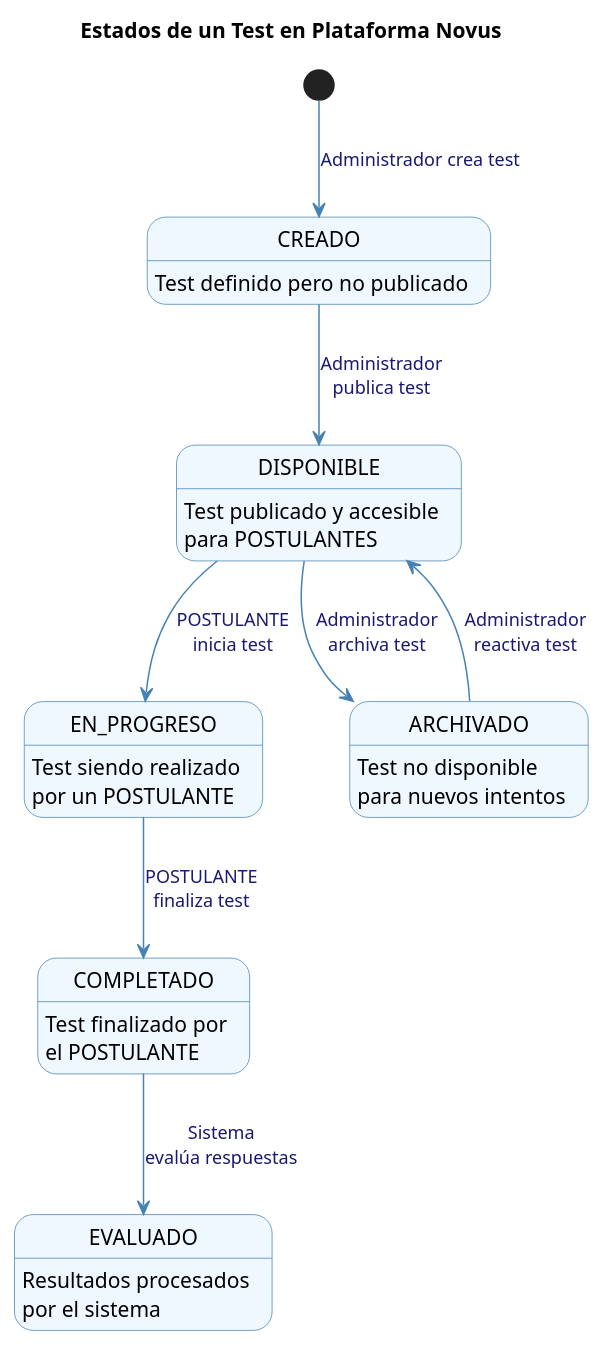
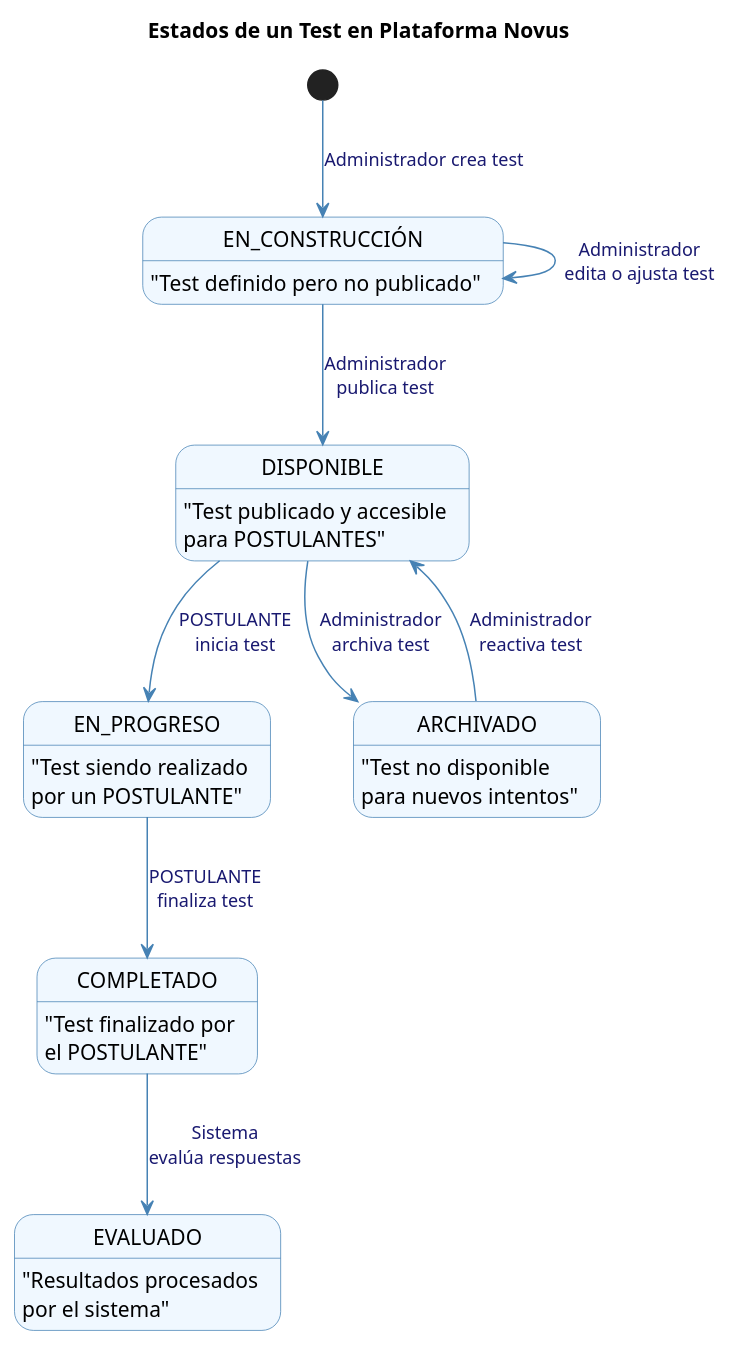
Before and after one commit to Dievex/24-25-IdSw1-SDR: the diagram in modelo_del_dominio/diagramas_de_estados/estados_test.puml, drawn with PlantUML. The commit also changed 2 other files, not shown here.

```diff
--- a/modelo_del_dominio/diagramas_de_estados/estados_test.puml
+++ b/modelo_del_dominio/diagramas_de_estados/estados_test.puml
@@ -1,35 +1,30 @@
 @startuml Diagrama_de_Estados_Test
 skinparam {
     StateFontSize 14
     StateFontColor black
     StateBackgroundColor #f0f8ff
     StateBorderColor #4682b4
     ArrowColor #4682b4
     ArrowFontColor #191970
     ArrowFontSize 12
 }
 
 title Estados de un Test en Plataforma Novus
+[*] --> EN_CONSTRUCCIÓN : Administrador crea test
 
-[*] --> CREADO : Administrador crea test
+state EN_CONSTRUCCIÓN : "Test definido pero no publicado"
+state DISPONIBLE : "Test publicado y accesible\npara POSTULANTES"
+state EN_PROGRESO : "Test siendo realizado\npor un POSTULANTE"
+state COMPLETADO : "Test finalizado por\nel POSTULANTE"
+state EVALUADO : "Resultados procesados\npor el sistema"
+state ARCHIVADO : "Test no disponible\npara nuevos intentos"
 
-state CREADO : Test definido pero no publicado
-state DISPONIBLE : Test publicado y accesible\npara POSTULANTES
-state EN_PROGRESO : Test siendo realizado\npor un POSTULANTE
-state COMPLETADO : Test finalizado por\nel POSTULANTE
-state EVALUADO : Resultados procesados\npor el sistema
-state ARCHIVADO : Test no disponible\npara nuevos intentos
-
-CREADO --> DISPONIBLE : Administrador\npublica test
-
+EN_CONSTRUCCIÓN --> DISPONIBLE : Administrador\npublica test
 DISPONIBLE --> EN_PROGRESO : POSTULANTE\ninicia test
-
 EN_PROGRESO --> COMPLETADO : POSTULANTE\nfinaliza test
-
 COMPLETADO --> EVALUADO : Sistema\nevalúa respuestas
-
 DISPONIBLE --> ARCHIVADO : Administrador\narchiva test
-
 ARCHIVADO --> DISPONIBLE : Administrador\nreactiva test
+EN_CONSTRUCCIÓN --> EN_CONSTRUCCIÓN : Administrador\nedita o ajusta test
 
 @enduml
```
